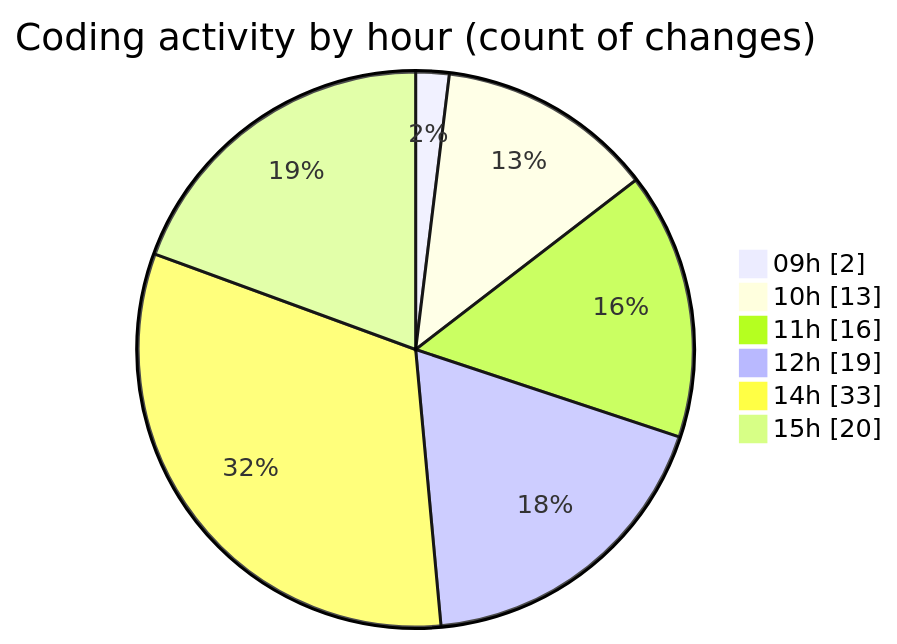
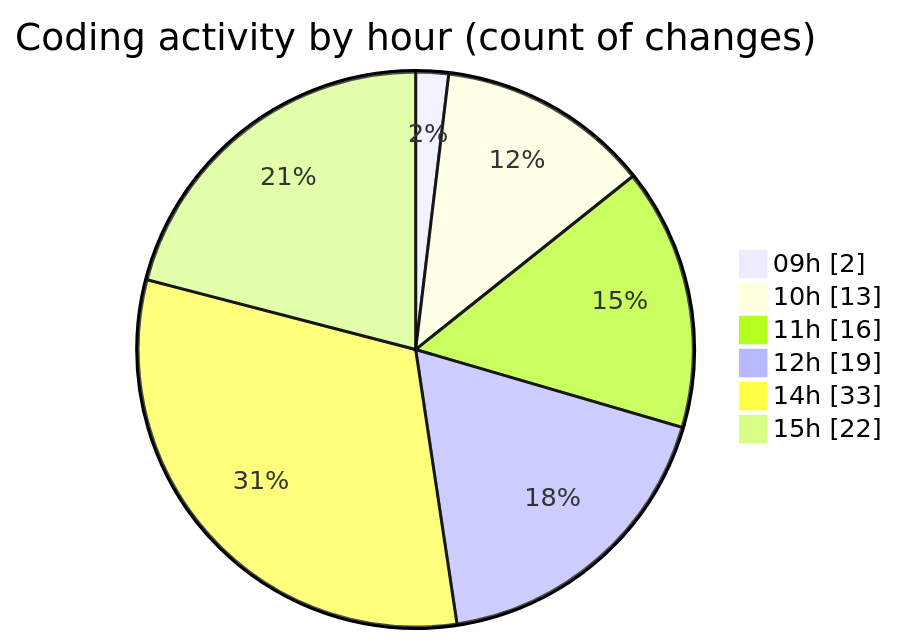
The second of 2 diagrams in 2025-07-02/cda/README.md (momahboobian/code-tracking), drawn with Mermaid before and after one commit. The commit also changed other lines of this file and 1 other file, not shown here.

````diff
--- a/2025-07-02/cda/README.md
+++ b/2025-07-02/cda/README.md
@@ -47,10 +47,10 @@
 ```mermaid
 pie showData
 title Coding activity by hour (count of changes)
 "09h" : 2
 "10h" : 13
 "11h" : 16
 "12h" : 19
 "14h" : 33
-"15h" : 20
+"15h" : 22
 ```
````
